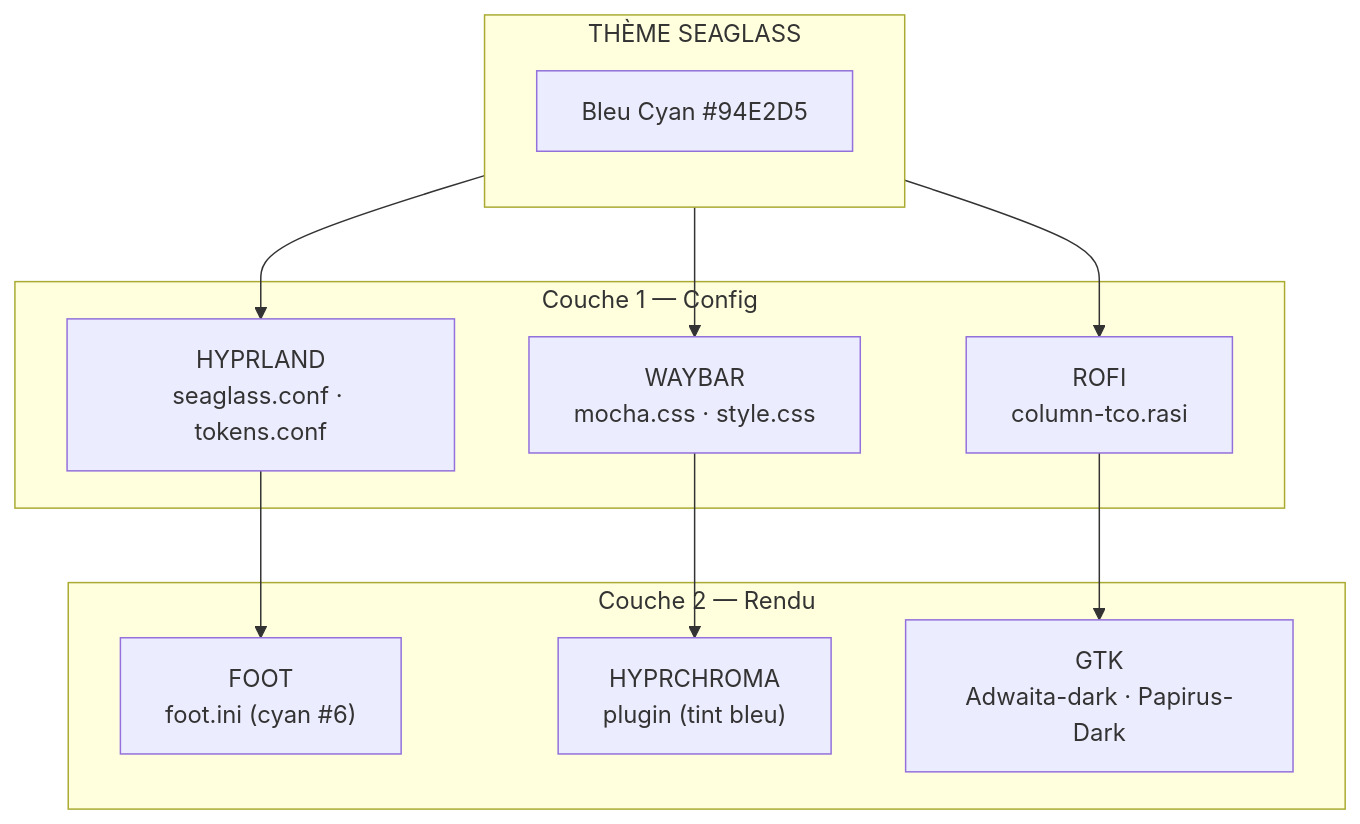
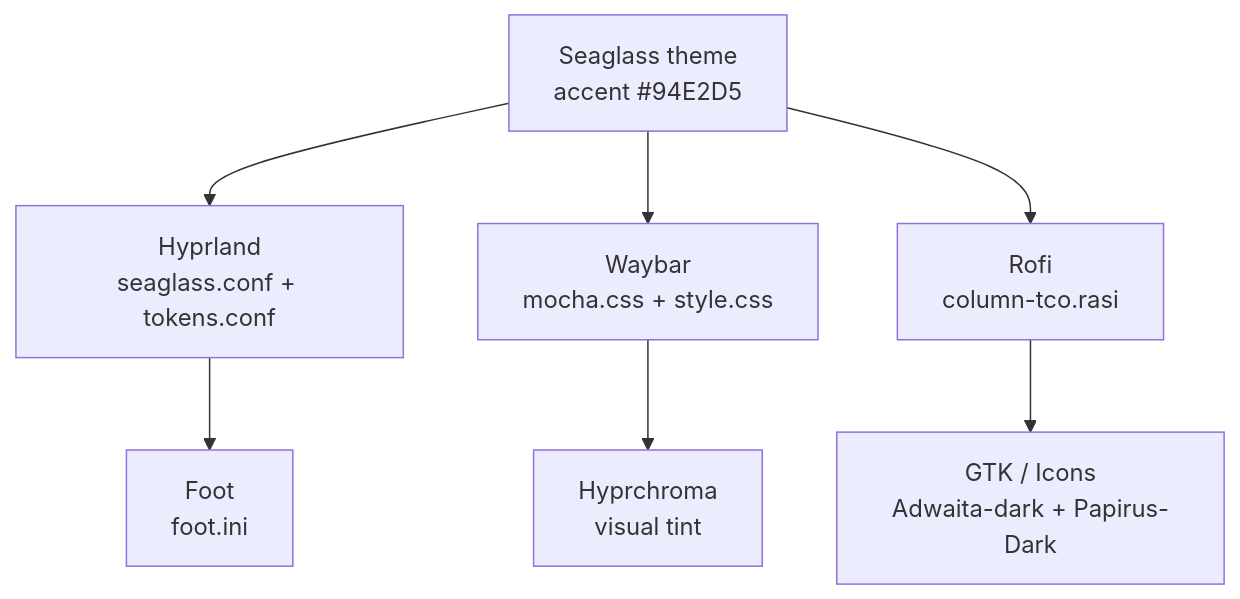
Before and after one commit to RomeoCavazza/nixos-config: the third of 3 diagrams in README.md, drawn with Mermaid. The commit also changed other lines of this file and 8 other files, not shown here.

First line of the commit message:
docs: README as single source of truth, docs reduced to glossary + cloc + PlantUML

````diff
--- a/README.md
+++ b/README.md
@@ -155,27 +143,17 @@
 ```mermaid
 flowchart TB
-  subgraph theme["THÈME SEAGLASS"]
-    direction TB
-    t1["Bleu Cyan #94E2D5"]
-  end
+  theme["Seaglass theme<br/>accent #94E2D5"]
+  hypr["Hyprland<br/>seaglass.conf + tokens.conf"]
+  waybar["Waybar<br/>mocha.css + style.css"]
+  rofi["Rofi<br/>column-tco.rasi"]
+  foot["Foot<br/>foot.ini"]
+  hyprchroma["Hyprchroma<br/>visual tint"]
+  gtk["GTK / Icons<br/>Adwaita-dark + Papirus-Dark"]
 
   theme --> hypr
   theme --> waybar
   theme --> rofi
-
-  subgraph layer1["Couche 1 — Config"]
-    hypr["HYPRLAND<br/>seaglass.conf · tokens.conf"]
-    waybar["WAYBAR<br/>mocha.css · style.css"]
-    rofi["ROFI<br/>column-tco.rasi"]
-  end
-
   hypr --> foot
   waybar --> hyprchroma
   rofi --> gtk
-
-  subgraph layer2["Couche 2 — Rendu"]
-    foot["FOOT<br/>foot.ini (cyan #6)"]
-    hyprchroma["HYPRCHROMA<br/>plugin (tint bleu)"]
-    gtk["GTK<br/>Adwaita-dark · Papirus-Dark"]
-  end
 ```
````
